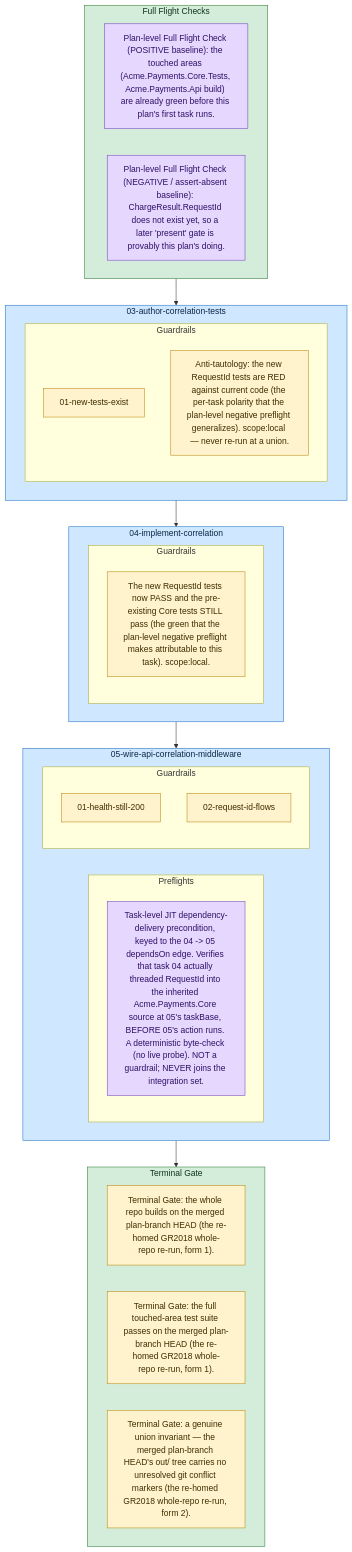
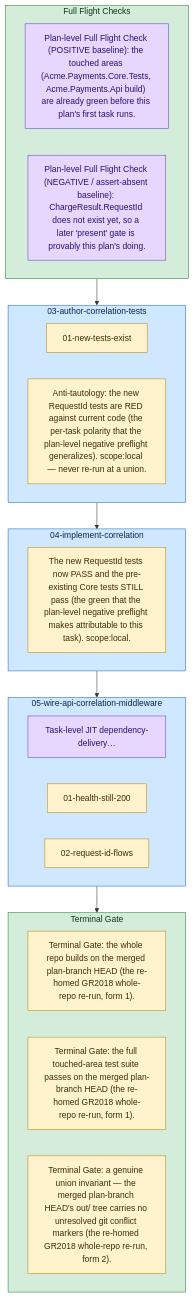
The diagram in docs/plans/09-preflight-first-class/example/example-plan/diagram.md (Servant-Software-LLC/Guardrails), drawn with Mermaid before and after one commit. The commit also changed other lines of this file and 15 other files, not shown here.

````diff
--- a/docs/plans/09-preflight-first-class/example/example-plan/diagram.md
+++ b/docs/plans/09-preflight-first-class/example/example-plan/diagram.md
@@ -3,43 +3,35 @@
 ```mermaid
 flowchart TD
   subgraph plan_preflights["Full Flight Checks"]
     plan_preflights_0["Plan-level Full Flight Check (POSITIVE baseline): the touched areas (Acme.Payments.Core.Tests, Acme.Payments.Api build) are already green before this plan's first task runs."]:::preflight
     plan_preflights_1["Plan-level Full Flight Check (NEGATIVE / assert-absent baseline): ChargeResult.RequestId does not exist yet, so a later 'present' gate is provably this plan's doing."]:::preflight
   end
   style plan_preflights fill:#d4edda,stroke:#2e7d32,color:#10341a;
   subgraph task_03_author_correlation_tests["03-author-correlation-tests"]
-    subgraph task_03_author_correlation_tests_guardrails["Guardrails"]
-      task_03_author_correlation_tests_gr_0["01-new-tests-exist"]:::guardrail
-      task_03_author_correlation_tests_gr_1["Anti-tautology: the new RequestId tests are RED against current code (the per-task polarity that the plan-level negative preflight generalizes). scope:local — never re-run at a union."]:::guardrail
-    end
+    task_03_author_correlation_tests_gr_0["01-new-tests-exist"]:::guardrail
+    task_03_author_correlation_tests_gr_1["Anti-tautology: the new RequestId tests are RED against current code (the per-task polarity that the plan-level negative preflight generalizes). scope:local — never re-run at a union."]:::guardrail
   end
   style task_03_author_correlation_tests fill:#cfe8ff,stroke:#1b6ec2,color:#0b2545;
   subgraph task_04_implement_correlation["04-implement-correlation"]
-    subgraph task_04_implement_correlation_guardrails["Guardrails"]
-      task_04_implement_correlation_gr_0["The new RequestId tests now PASS and the pre-existing Core tests STILL pass (the green that the plan-level negative preflight makes attributable to this task). scope:local."]:::guardrail
-    end
+    task_04_implement_correlation_gr_0["The new RequestId tests now PASS and the pre-existing Core tests STILL pass (the green that the plan-level negative preflight makes attributable to this task). scope:local."]:::guardrail
   end
   style task_04_implement_correlation fill:#cfe8ff,stroke:#1b6ec2,color:#0b2545;
   subgraph task_05_wire_api_correlation_middleware["05-wire-api-correlation-middleware"]
-    subgraph task_05_wire_api_correlation_middleware_preflights["Preflights"]
-      task_05_wire_api_correlation_middleware_pf_0["Task-level JIT dependency-delivery precondition, keyed to the 04 -&gt; 05 dependsOn edge. Verifies that task 04 actually threaded RequestId into the inherited Acme.Payments.Core source at 05's taskBase, BEFORE 05's action runs. A deterministic byte-check (no live probe). NOT a guardrail; NEVER joins the integration set."]:::preflight
-    end
-    subgraph task_05_wire_api_correlation_middleware_guardrails["Guardrails"]
-      task_05_wire_api_correlation_middleware_gr_0["01-health-still-200"]:::guardrail
-      task_05_wire_api_correlation_middleware_gr_1["02-request-id-flows"]:::guardrail
-    end
+    task_05_wire_api_correlation_middleware_pf_0["Task-level JIT dependency-delivery…"]:::preflight
+    task_05_wire_api_correlation_middleware_gr_0["01-health-still-200"]:::guardrail
+    task_05_wire_api_correlation_middleware_gr_1["02-request-id-flows"]:::guardrail
   end
   style task_05_wire_api_correlation_middleware fill:#cfe8ff,stroke:#1b6ec2,color:#0b2545;
   subgraph plan_guardrails["Terminal Gate"]
     plan_guardrails_0["Terminal Gate: the whole repo builds on the merged plan-branch HEAD (the re-homed GR2018 whole-repo re-run, form 1)."]:::guardrail
     plan_guardrails_1["Terminal Gate: the full touched-area test suite passes on the merged plan-branch HEAD (the re-homed GR2018 whole-repo re-run, form 1)."]:::guardrail
     plan_guardrails_2["Terminal Gate: a genuine union invariant — the merged plan-branch HEAD's out/ tree carries no unresolved git conflict markers (the re-homed GR2018 whole-repo re-run, form 2)."]:::guardrail
   end
   style plan_guardrails fill:#d4edda,stroke:#2e7d32,color:#10341a;
   plan_preflights --> task_03_author_correlation_tests
   task_03_author_correlation_tests --> task_04_implement_correlation
   task_04_implement_correlation --> task_05_wire_api_correlation_middleware
   task_05_wire_api_correlation_middleware --> plan_guardrails
   classDef preflight fill:#e6d7ff,stroke:#6f42c1,color:#2e1065;
   classDef guardrail fill:#fff3cd,stroke:#b8860b,color:#3d2c00;
 ```
````
